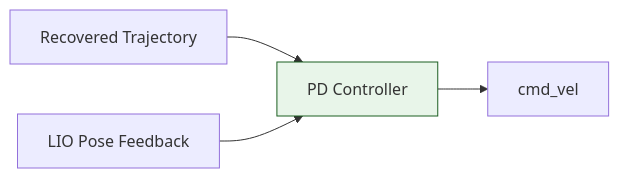
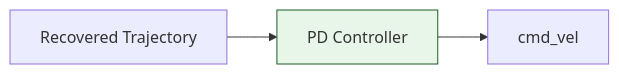
The second of 4 diagrams in README.md (CGV-HGU/go2_ws), drawn with Mermaid before and after one commit. The commit also changed other lines of this file, not shown here.

Commit message:
docs: clarify workspace dual-track purpose and trajectory recovery in README

````diff
--- a/README.md
+++ b/README.md
@@ -40,5 +50,5 @@
 ```mermaid
 graph LR
-    Traj["Recovered Trajectory"] & Pose["LIO Pose Feedback"] --> PD["PD Controller"] --> Cmd["cmd_vel"]
+    Traj["Recovered Trajectory"] --> PD["PD Controller"] --> Cmd["cmd_vel"]
     style PD fill:#e8f5e9,stroke:#1b5e20,stroke-width:1px
 ```
````
